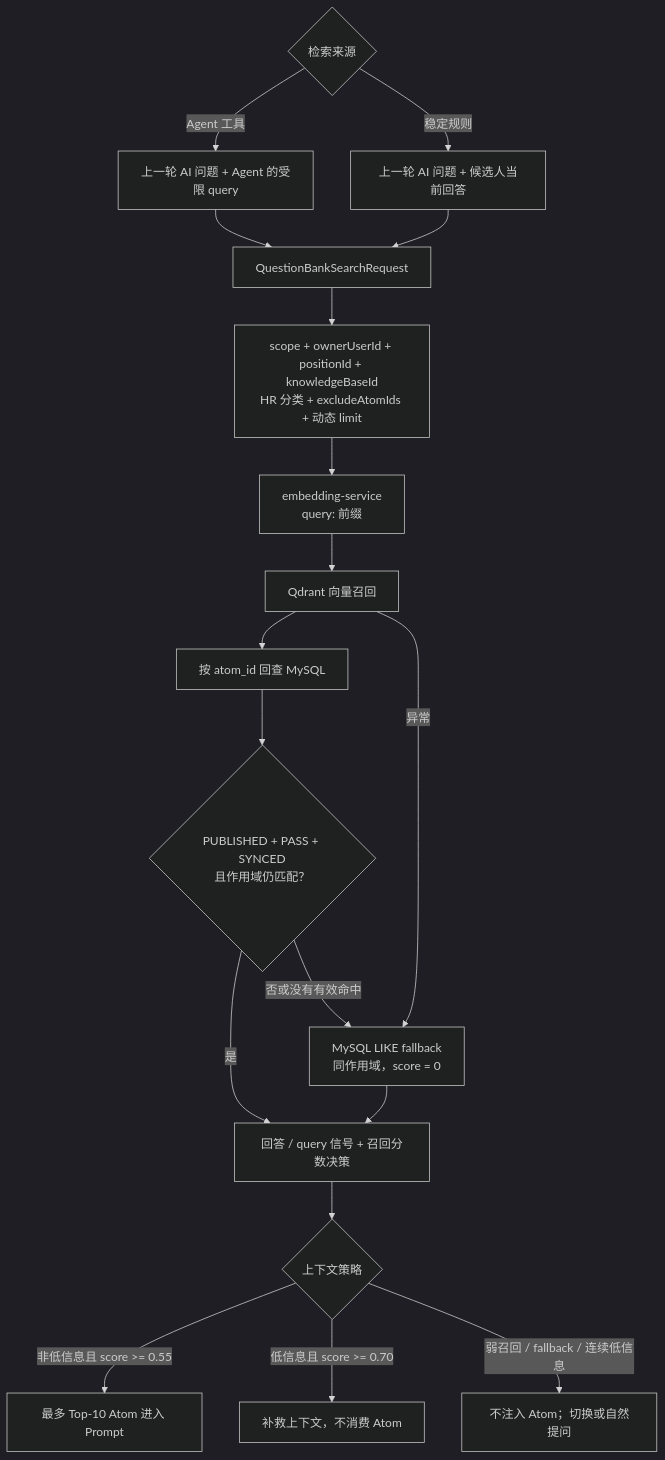
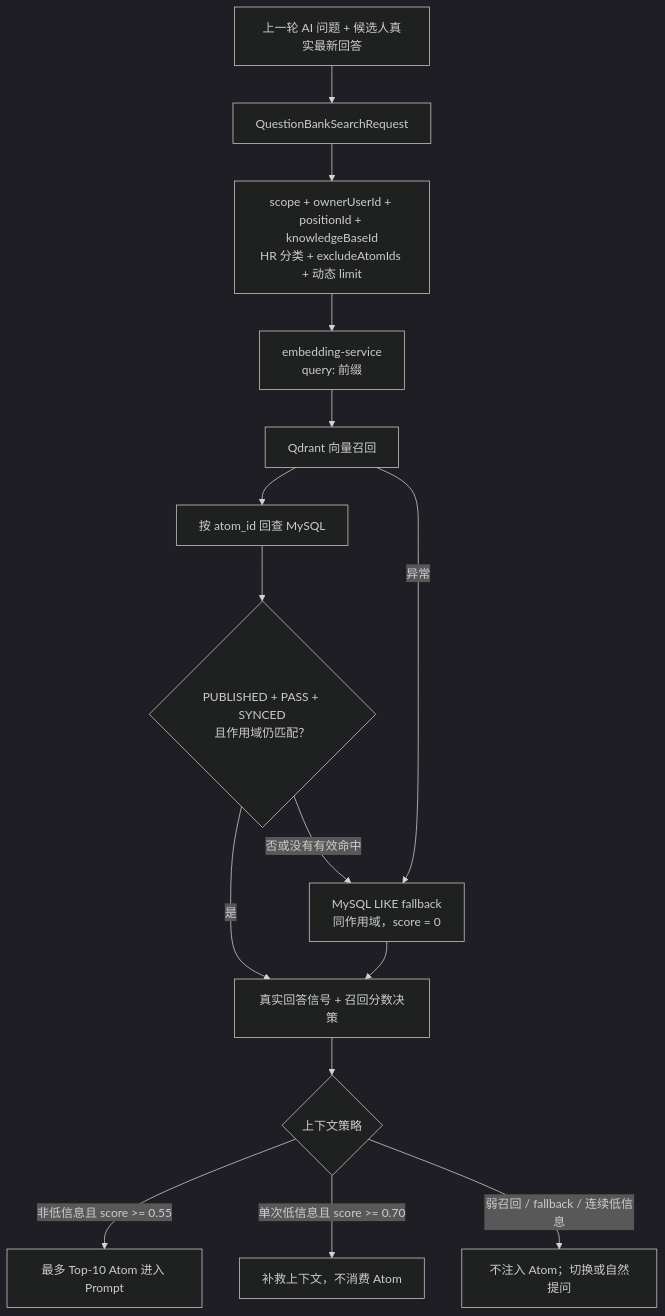
Before and after one commit to nzy0510/AI-Interview: the second of 3 diagrams in docs/rag-chain-summary.md, drawn with Mermaid (dark theme). The commit also changed other lines of this file and 50 other files, not shown here.

````diff
--- a/docs/rag-chain-summary.md
+++ b/docs/rag-chain-summary.md
@@ -88,23 +50,19 @@
 ```mermaid
 flowchart TD
-    A{"检索来源"}
-    A -- "Agent 工具" --> B["上一轮 AI 问题 + Agent 的受限 query"]
-    A -- "稳定规则" --> C["上一轮 AI 问题 + 候选人当前回答"]
-    B --> D["QuestionBankSearchRequest"]
-    C --> D
+    C["上一轮 AI 问题 + 候选人真实最新回答"] --> D["QuestionBankSearchRequest"]
 
     D --> E["scope + ownerUserId + positionId + knowledgeBaseId<br/>HR 分类 + excludeAtomIds + 动态 limit"]
     E --> F["embedding-service<br/>query: 前缀"]
     F --> G["Qdrant 向量召回"]
     G --> H["按 atom_id 回查 MySQL"]
     H --> I{"PUBLISHED + PASS + SYNCED<br/>且作用域仍匹配？"}
-    I -- "是" --> J["回答 / query 信号 + 召回分数决策"]
+    I -- "是" --> J["真实回答信号 + 召回分数决策"]
     I -- "否或没有有效命中" --> K["MySQL LIKE fallback<br/>同作用域，score = 0"]
     G -- "异常" --> K
     K --> J
 
     J --> L{"上下文策略"}
     L -- "非低信息且 score >= 0.55" --> M["最多 Top-10 Atom 进入 Prompt"]
-    L -- "低信息且 score >= 0.70" --> N["补救上下文，不消费 Atom"]
+    L -- "单次低信息且 score >= 0.70" --> N["补救上下文，不消费 Atom"]
     L -- "弱召回 / fallback / 连续低信息" --> O["不注入 Atom；切换或自然提问"]
 ```
````
